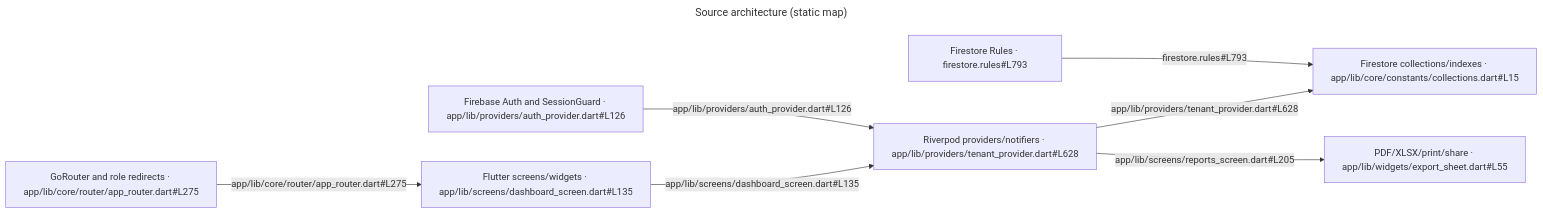
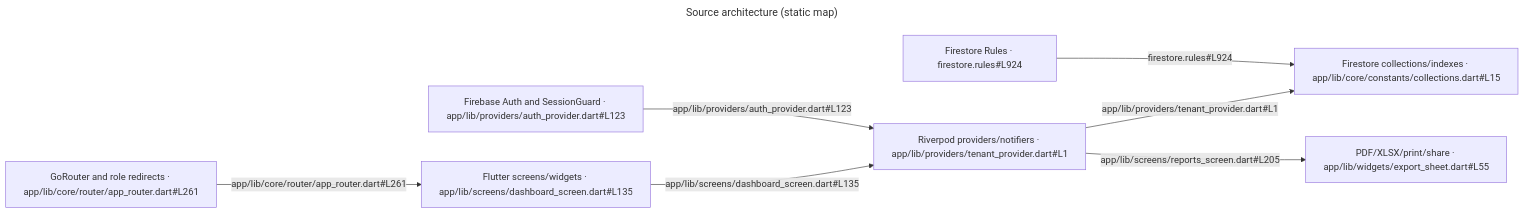
One commit to engremran07/footwear changed the diagram in audits/application-map/diagrams/architecture.mmd. Above: the diagram before and after it, drawn with Mermaid. The commit also changed 79 other files, not shown here.

```diff
--- a/audits/application-map/diagrams/architecture.mmd
+++ b/audits/application-map/diagrams/architecture.mmd
@@ -1,17 +1,17 @@
 ---
 title: Source architecture (static map)
 ---
 flowchart LR
   UI["Flutter screens/widgets · app/lib/screens/dashboard_screen.dart#L135"]
-  Router["GoRouter and role redirects · app/lib/core/router/app_router.dart#L275"]
-  Auth["Firebase Auth and SessionGuard · app/lib/providers/auth_provider.dart#L126"]
-  State["Riverpod providers/notifiers · app/lib/providers/tenant_provider.dart#L628"]
-  Rules["Firestore Rules · firestore.rules#L793"]
+  Router["GoRouter and role redirects · app/lib/core/router/app_router.dart#L261"]
+  Auth["Firebase Auth and SessionGuard · app/lib/providers/auth_provider.dart#L123"]
+  State["Riverpod providers/notifiers · app/lib/providers/tenant_provider.dart#L1"]
+  Rules["Firestore Rules · firestore.rules#L924"]
   Data["Firestore collections/indexes · app/lib/core/constants/collections.dart#L15"]
   Export["PDF/XLSX/print/share · app/lib/widgets/export_sheet.dart#L55"]
-  Router -->|app/lib/core/router/app_router.dart#L275| UI
+  Router -->|app/lib/core/router/app_router.dart#L261| UI
   UI -->|app/lib/screens/dashboard_screen.dart#L135| State
-  Auth -->|app/lib/providers/auth_provider.dart#L126| State
-  State -->|app/lib/providers/tenant_provider.dart#L628| Data
-  Rules -->|firestore.rules#L793| Data
+  Auth -->|app/lib/providers/auth_provider.dart#L123| State
+  State -->|app/lib/providers/tenant_provider.dart#L1| Data
+  Rules -->|firestore.rules#L924| Data
   State -->|app/lib/screens/reports_screen.dart#L205| Export
```
